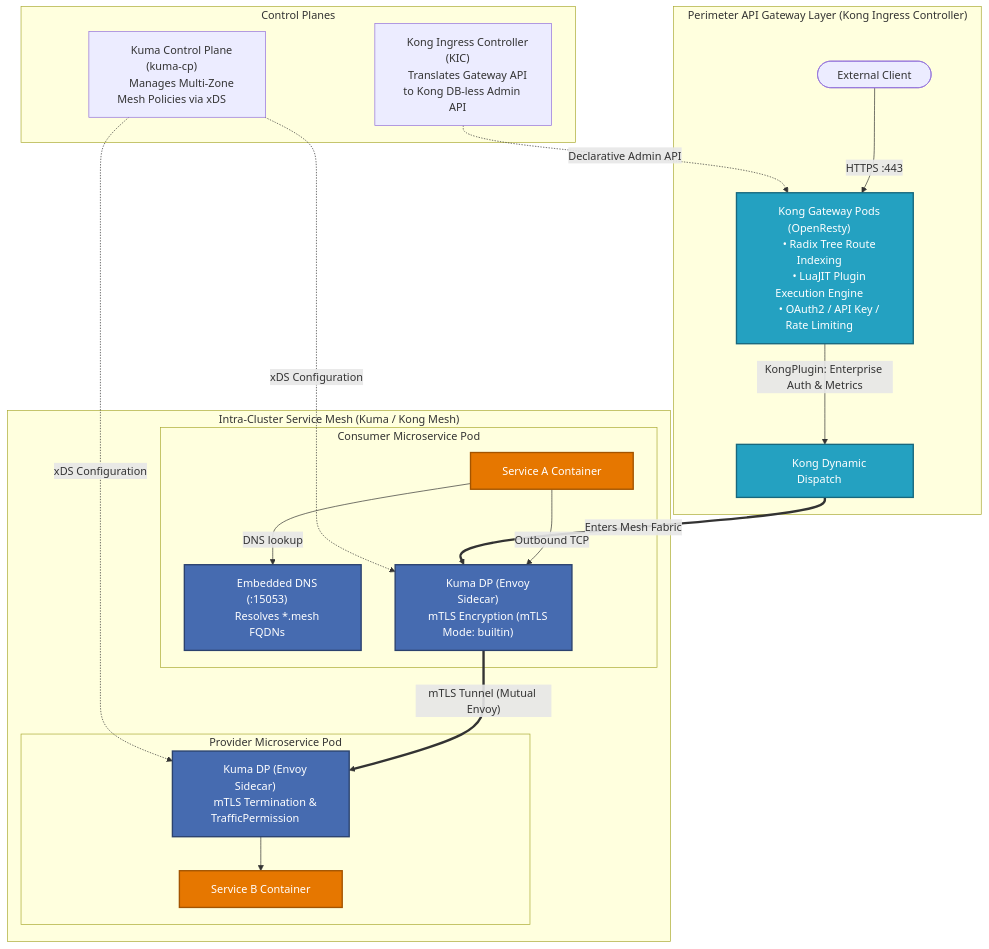
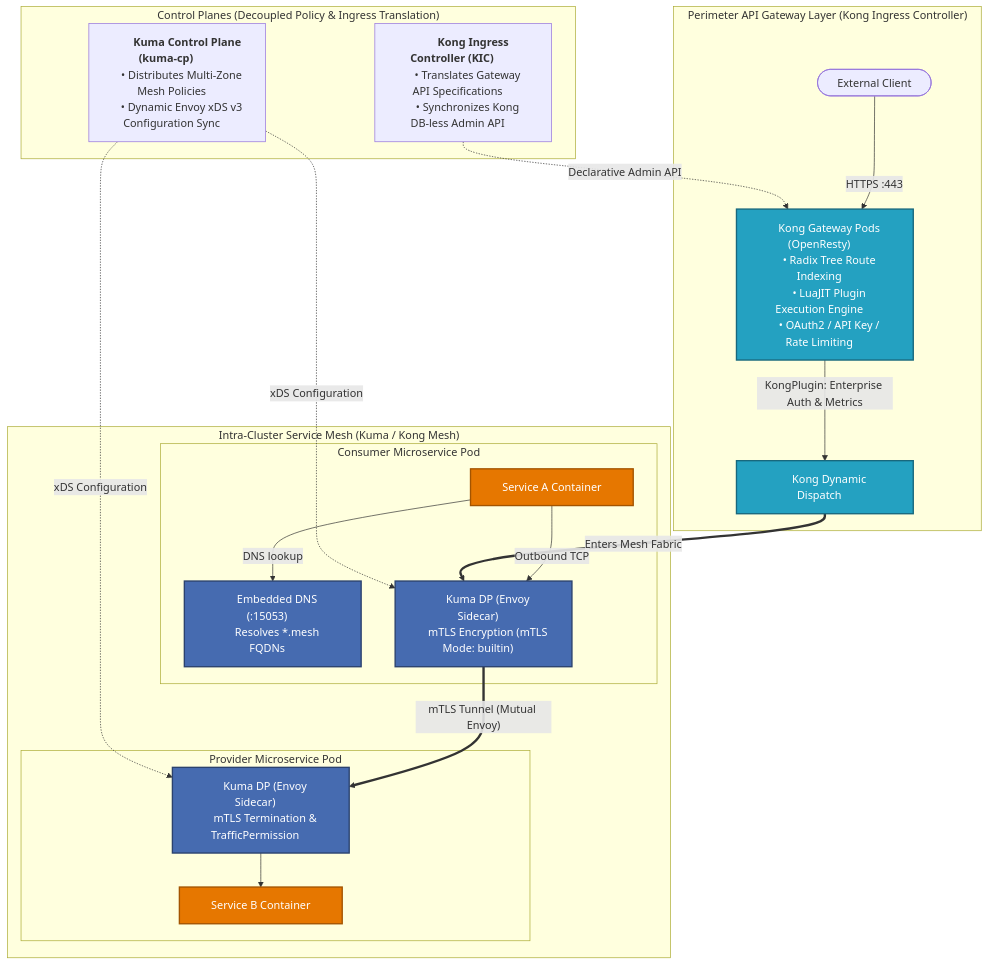
The third of 3 diagrams in docs/EXTENDED_SOLUTIONS.md (nubenetes/cloudnative-ingress-mesh-lab), drawn with Mermaid before and after one commit. The commit also changed 1 other file, not shown here.

Commit message:
fix(diagrams): enlarge boxes and break long text lines in Diagram 6 and 7 to prevent text truncation

````diff
--- a/docs/EXTENDED_SOLUTIONS.md
+++ b/docs/EXTENDED_SOLUTIONS.md
@@ -351,43 +351,43 @@
 ```mermaid
 flowchart TD
     subgraph NorthSouthIngress ["&nbsp;&nbsp;&nbsp;&nbsp;Perimeter API Gateway Layer (Kong Ingress Controller)&nbsp;&nbsp;&nbsp;&nbsp;"]
         Client(["&nbsp;&nbsp;&nbsp;&nbsp;External Client&nbsp;&nbsp;&nbsp;&nbsp;"]) -->|"HTTPS :443"| KongGW["&nbsp;&nbsp;&nbsp;&nbsp;Kong Gateway Pods (OpenResty)&nbsp;&nbsp;&nbsp;&nbsp;<br/>&nbsp;&nbsp;&nbsp;&nbsp;• Radix Tree Route Indexing&nbsp;&nbsp;&nbsp;&nbsp;<br/>&nbsp;&nbsp;&nbsp;&nbsp;• LuaJIT Plugin Execution Engine&nbsp;&nbsp;&nbsp;&nbsp;<br/>&nbsp;&nbsp;&nbsp;&nbsp;• OAuth2 / API Key / Rate Limiting&nbsp;&nbsp;&nbsp;&nbsp;"]
         KongGW -->|"KongPlugin: Enterprise Auth & Metrics"| KongCore["&nbsp;&nbsp;&nbsp;&nbsp;Kong Dynamic Dispatch&nbsp;&nbsp;&nbsp;&nbsp;"]
     end
 
     subgraph EastWestMesh ["&nbsp;&nbsp;&nbsp;&nbsp;Intra-Cluster Service Mesh (Kuma / Kong Mesh)&nbsp;&nbsp;&nbsp;&nbsp;"]
         subgraph PodA ["&nbsp;&nbsp;Consumer Microservice Pod&nbsp;&nbsp;"]
             AppA["&nbsp;&nbsp;&nbsp;&nbsp;Service A Container&nbsp;&nbsp;&nbsp;&nbsp;"]
             KumaDNS["&nbsp;&nbsp;&nbsp;&nbsp;Embedded DNS (:15053)&nbsp;&nbsp;&nbsp;&nbsp;<br/>&nbsp;&nbsp;&nbsp;&nbsp;Resolves *.mesh FQDNs&nbsp;&nbsp;&nbsp;&nbsp;"]
             KumaSidecarA["&nbsp;&nbsp;&nbsp;&nbsp;Kuma DP (Envoy Sidecar)&nbsp;&nbsp;&nbsp;&nbsp;<br/>&nbsp;&nbsp;&nbsp;&nbsp;mTLS Encryption (mTLS Mode: builtin)&nbsp;&nbsp;&nbsp;&nbsp;"]
             AppA -->|"DNS lookup"| KumaDNS
             AppA -->|"Outbound TCP"| KumaSidecarA
         end
 
         subgraph PodB ["&nbsp;&nbsp;Provider Microservice Pod&nbsp;&nbsp;"]
             KumaSidecarB["&nbsp;&nbsp;&nbsp;&nbsp;Kuma DP (Envoy Sidecar)&nbsp;&nbsp;&nbsp;&nbsp;<br/>&nbsp;&nbsp;&nbsp;&nbsp;mTLS Termination & TrafficPermission&nbsp;&nbsp;&nbsp;&nbsp;"]
             AppB["&nbsp;&nbsp;&nbsp;&nbsp;Service B Container&nbsp;&nbsp;&nbsp;&nbsp;"]
             KumaSidecarB --> AppB
         end
 
         KongCore ==>|"Enters Mesh Fabric"| KumaSidecarA
         KumaSidecarA ==>|"mTLS Tunnel (Mutual Envoy)"| KumaSidecarB
     end
 
-    subgraph ControlPlanes ["&nbsp;&nbsp;&nbsp;&nbsp;Control Planes&nbsp;&nbsp;&nbsp;&nbsp;"]
-        KIC["&nbsp;&nbsp;&nbsp;&nbsp;Kong Ingress Controller (KIC)&nbsp;&nbsp;&nbsp;&nbsp;<br/>&nbsp;&nbsp;&nbsp;&nbsp;Translates Gateway API to Kong DB-less Admin API&nbsp;&nbsp;&nbsp;&nbsp;"]
-        KumaCP["&nbsp;&nbsp;&nbsp;&nbsp;Kuma Control Plane (kuma-cp)&nbsp;&nbsp;&nbsp;&nbsp;<br/>&nbsp;&nbsp;&nbsp;&nbsp;Manages Multi-Zone Mesh Policies via xDS&nbsp;&nbsp;&nbsp;&nbsp;"]
+    subgraph ControlPlanes ["&nbsp;&nbsp;&nbsp;&nbsp;&nbsp;&nbsp;&nbsp;&nbsp;Control Planes (Decoupled Policy & Ingress Translation)&nbsp;&nbsp;&nbsp;&nbsp;&nbsp;&nbsp;&nbsp;&nbsp;"]
+        KIC["&nbsp;&nbsp;&nbsp;&nbsp;&nbsp;&nbsp;&nbsp;&nbsp;<b>Kong Ingress Controller (KIC)</b>&nbsp;&nbsp;&nbsp;&nbsp;&nbsp;&nbsp;&nbsp;&nbsp;<br/>&nbsp;&nbsp;&nbsp;&nbsp;• Translates Gateway API Specifications&nbsp;&nbsp;&nbsp;&nbsp;<br/>&nbsp;&nbsp;&nbsp;&nbsp;• Synchronizes Kong DB-less Admin API&nbsp;&nbsp;&nbsp;&nbsp;"]
+        KumaCP["&nbsp;&nbsp;&nbsp;&nbsp;&nbsp;&nbsp;&nbsp;&nbsp;<b>Kuma Control Plane (kuma-cp)</b>&nbsp;&nbsp;&nbsp;&nbsp;&nbsp;&nbsp;&nbsp;&nbsp;<br/>&nbsp;&nbsp;&nbsp;&nbsp;• Distributes Multi-Zone Mesh Policies&nbsp;&nbsp;&nbsp;&nbsp;<br/>&nbsp;&nbsp;&nbsp;&nbsp;• Dynamic Envoy xDS v3 Configuration Sync&nbsp;&nbsp;&nbsp;&nbsp;"]
     end
 
     KIC -.->|"Declarative Admin API"| KongGW
     KumaCP -.->|"xDS Configuration"| KumaSidecarA
     KumaCP -.->|"xDS Configuration"| KumaSidecarB
 
     classDef edge fill:#24A1C1,stroke:#18687d,stroke-width:2px,color:#fff;
     classDef mesh fill:#466BB0,stroke:#2b426e,stroke-width:2px,color:#fff;
     classDef pod fill:#e67700,stroke:#a35400,stroke-width:2px,color:#fff;
 
     class KongGW,KongCore edge;
     class KumaSidecarA,KumaSidecarB,KumaDNS mesh;
     class AppA,AppB pod;
 ```
````
